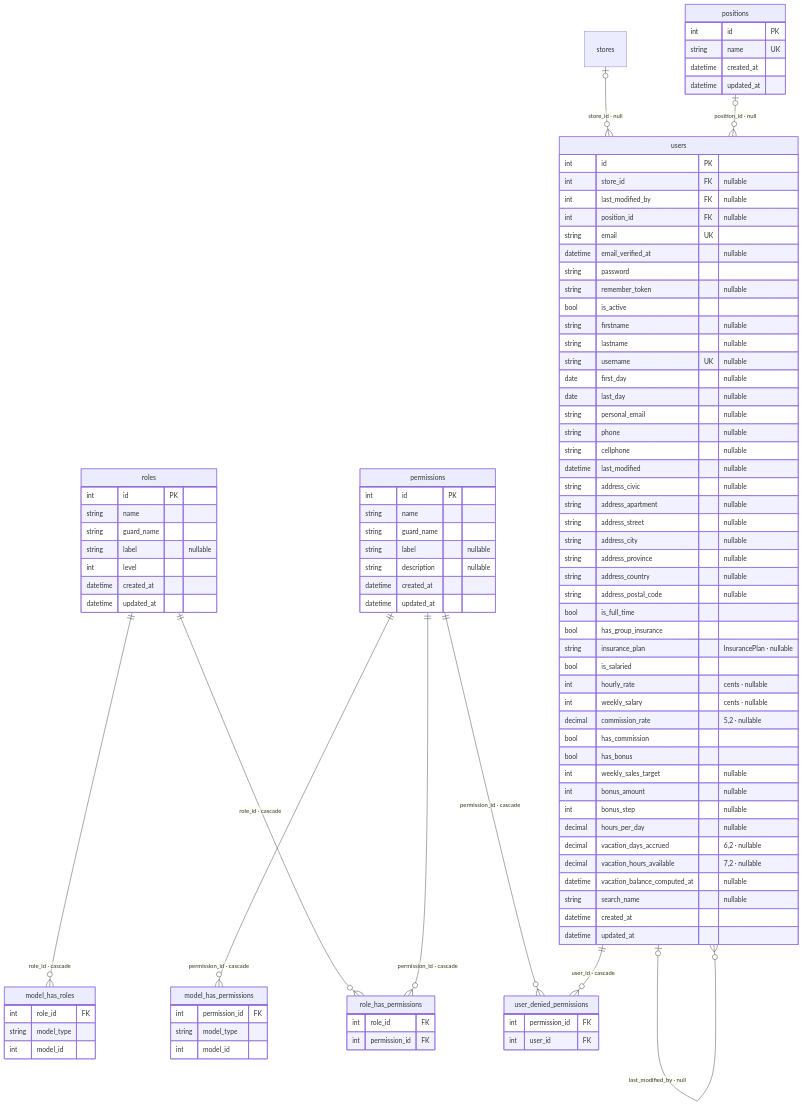
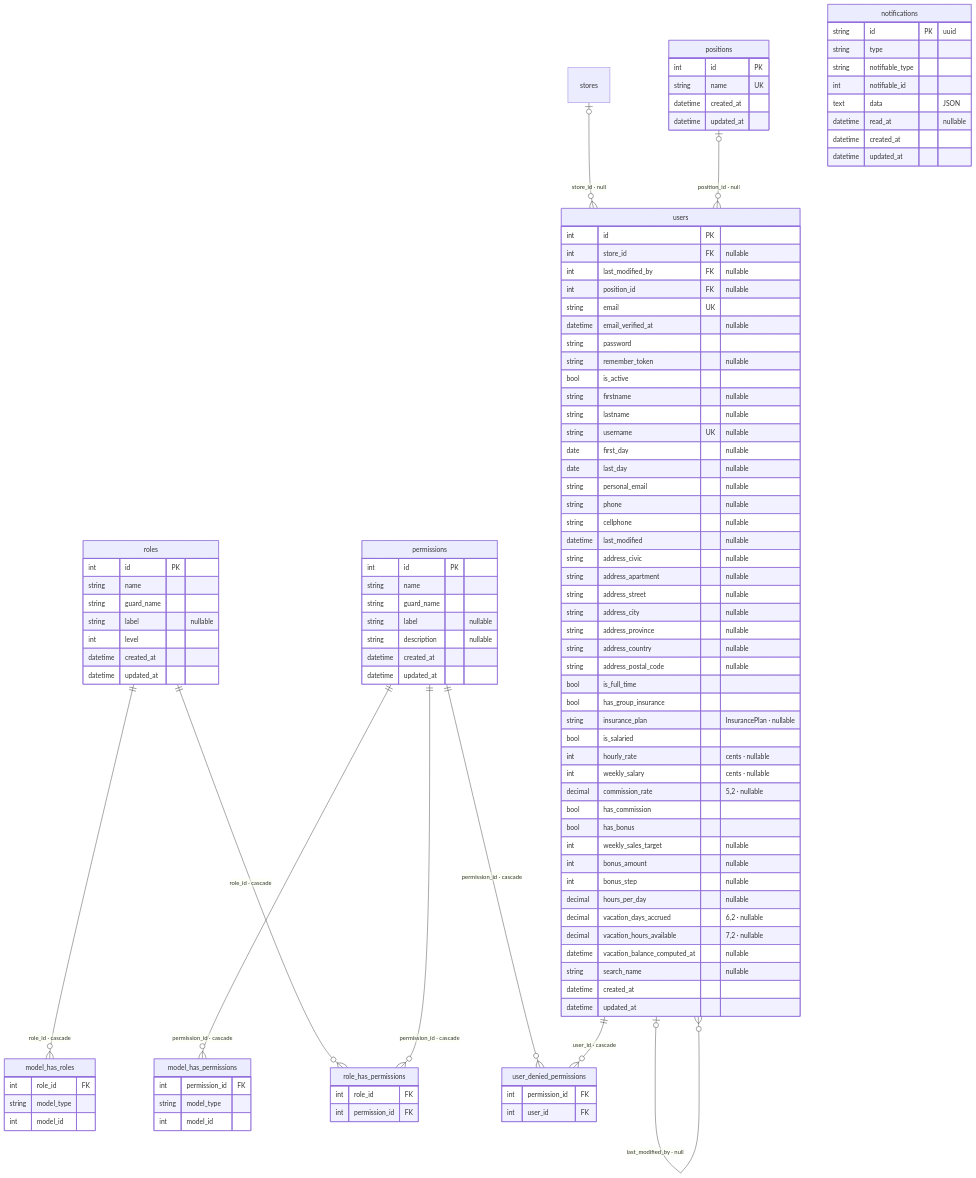
One commit to sebastienmarley/dkorpos changed the seventh of 8 diagrams in dkor/docs/data-model.md. Above: the diagram before and after it, drawn with Mermaid. The commit also changed other lines of this file and 2 other files, not shown here.

````diff
--- a/dkor/docs/data-model.md
+++ b/dkor/docs/data-model.md
@@ -889,4 +924,14 @@
         int permission_id FK
         int user_id FK
     }
+    notifications {
+        string id PK "uuid"
+        string type
+        string notifiable_type
+        int notifiable_id
+        text data "JSON"
+        datetime read_at "nullable"
+        datetime created_at
+        datetime updated_at
+    }
 ```
````
